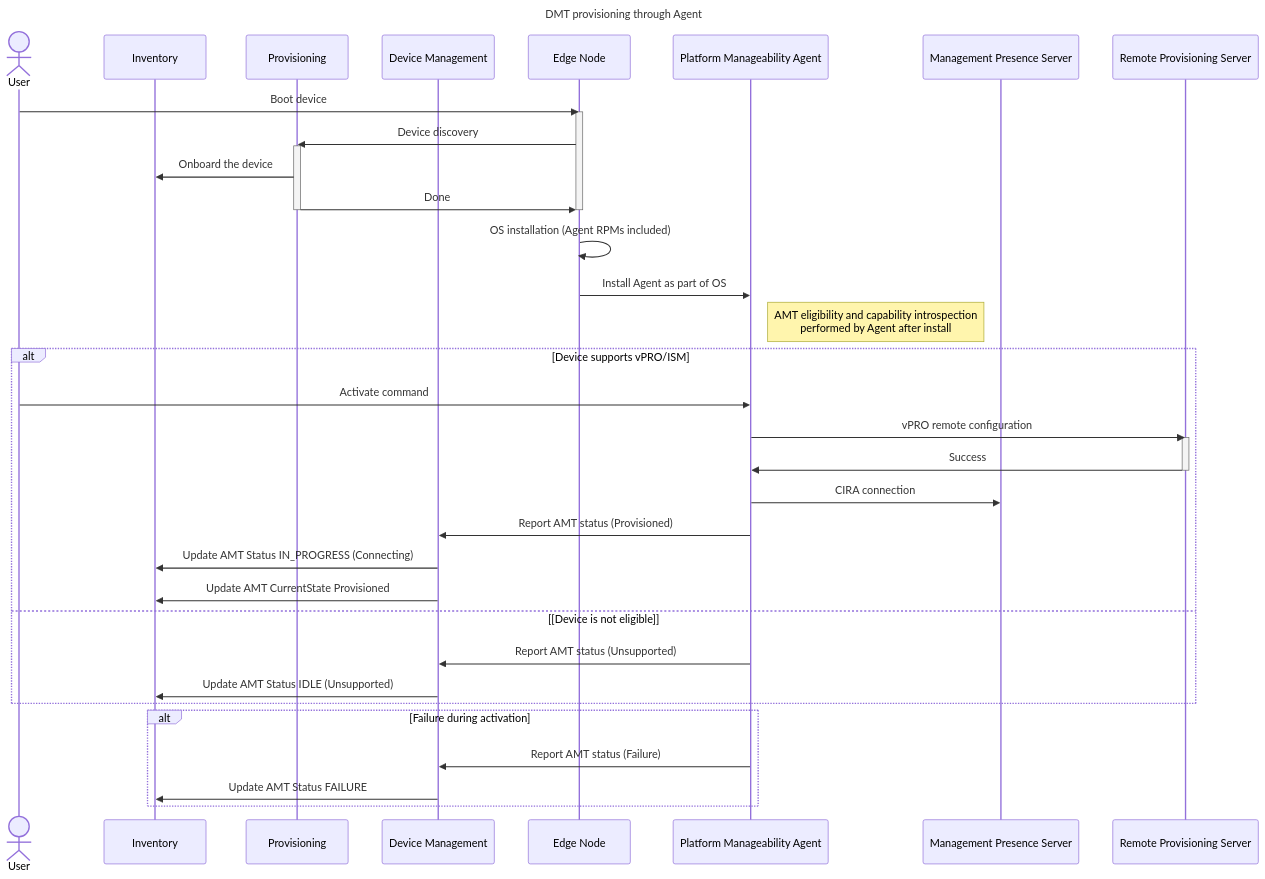
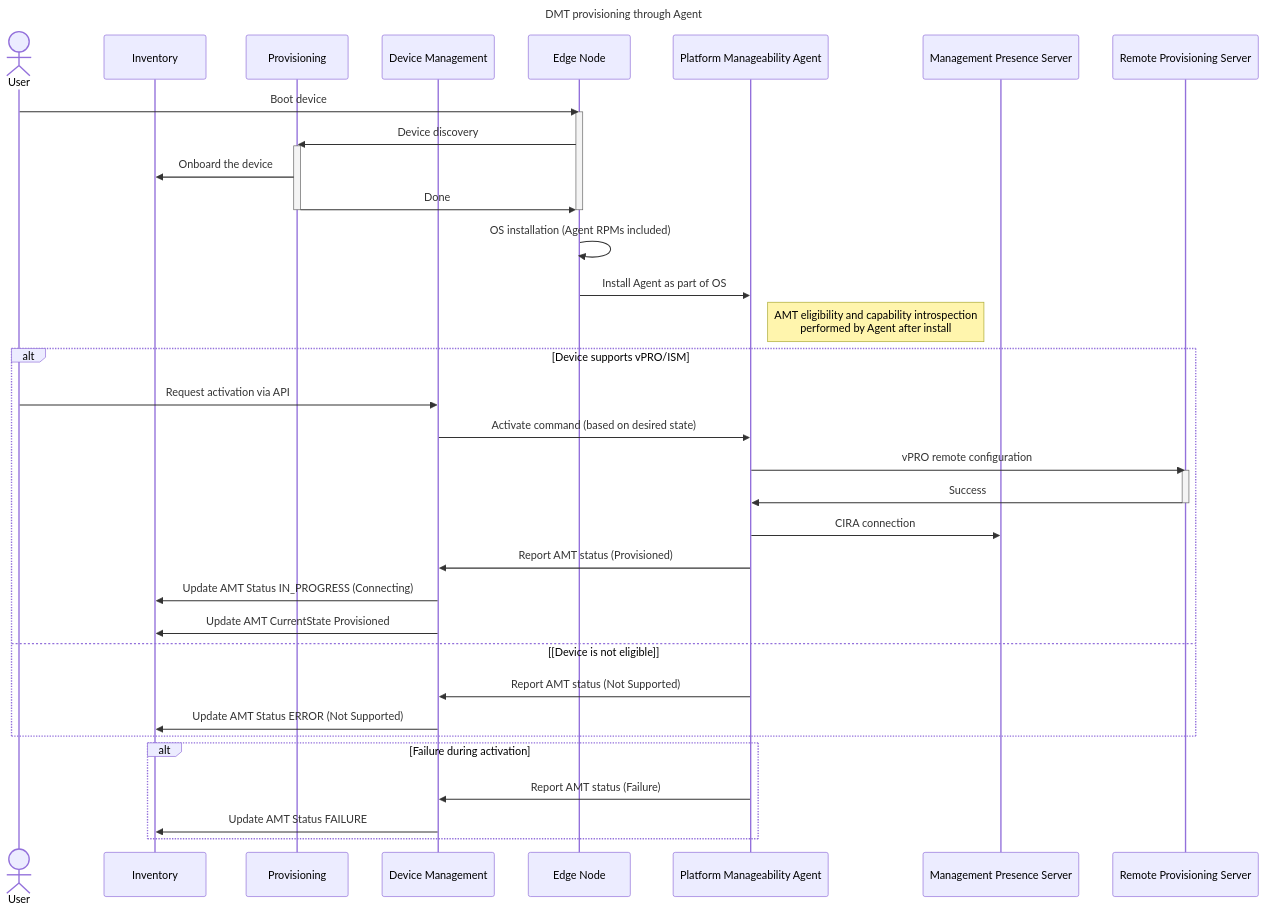
The diagram in design-proposals/vpro-device.md (open-edge-platform/edge-manageability-framework), drawn with Mermaid before and after one commit. The commit also changed other lines of this file, not shown here.

````diff
--- a/design-proposals/vpro-device.md
+++ b/design-proposals/vpro-device.md
@@ -44,46 +41,47 @@
 ```mermaid
 sequenceDiagram
     title DMT provisioning through Agent
     actor us as User
     participant inv as Inventory
     participant ps as Provisioning
     participant dm as Device Management
     participant en as Edge Node
     participant agent as Platform Manageability Agent
     participant mps as Management Presence Server
     participant rps as Remote Provisioning Server
 
     us ->> en: Boot device
     activate en
     en ->> ps: Device discovery
     activate ps
     ps ->> inv: Onboard the device
     ps ->> en: Done
     deactivate ps
     deactivate en
 
     en ->> en: OS installation (Agent RPMs included)
     en ->> agent: Install Agent as part of OS
 
     Note right of agent: AMT eligibility and capability introspection<br>performed by Agent after install
 
     alt Device supports vPRO/ISM
-        us ->> agent: Activate command
+        us ->> dm: Request activation via API
+        dm ->> agent: Activate command (based on desired state)
         agent ->> rps: vPRO remote configuration
         activate rps
         rps ->> agent: Success
         deactivate rps
         agent ->> mps: CIRA connection
         agent ->> dm: Report AMT status (Provisioned)
         dm ->> inv: Update AMT Status IN_PROGRESS (Connecting)
         dm ->> inv: Update AMT CurrentState Provisioned
     else [Device is not eligible]
-        agent ->> dm: Report AMT status (Unsupported)
-        dm ->> inv: Update AMT Status IDLE (Unsupported)
+        agent ->> dm: Report AMT status (Not Supported)
+        dm ->> inv: Update AMT Status ERROR (Not Supported)
     end
 
     alt Failure during activation
         agent ->> dm: Report AMT status (Failure)
         dm ->> inv: Update AMT Status FAILURE
     end
 ```
````
